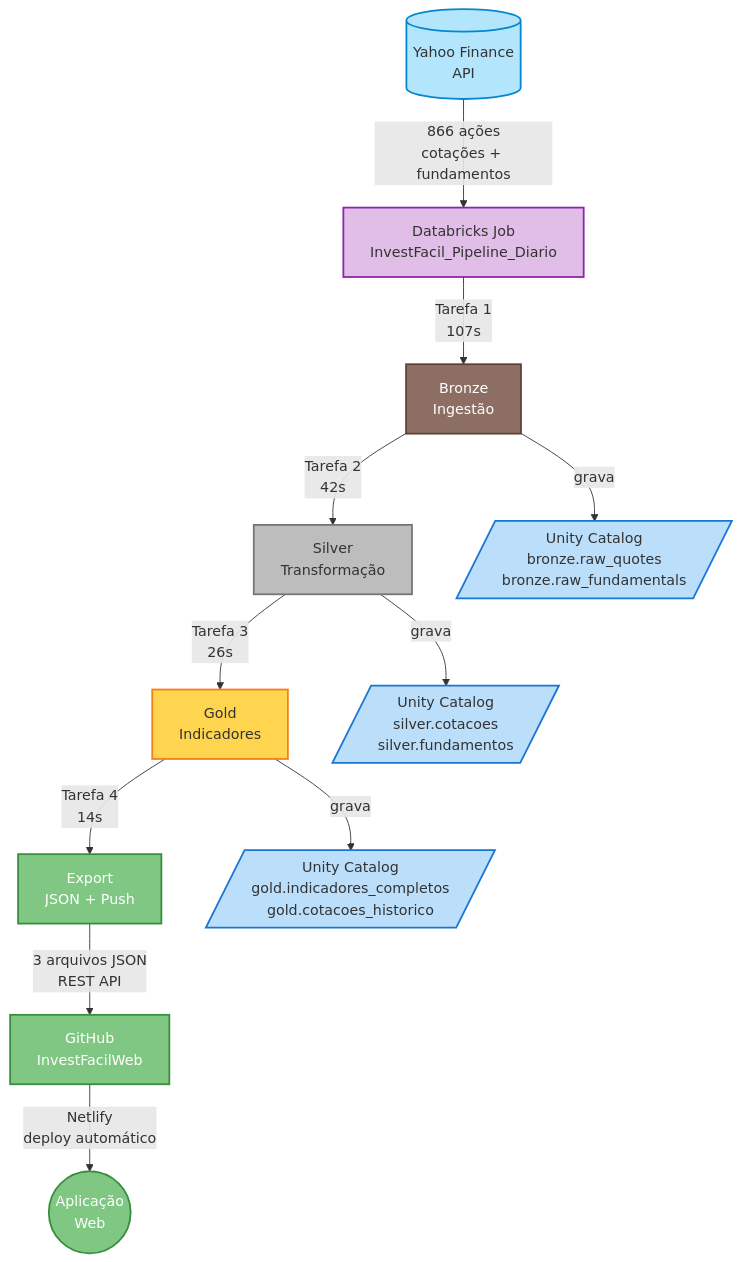
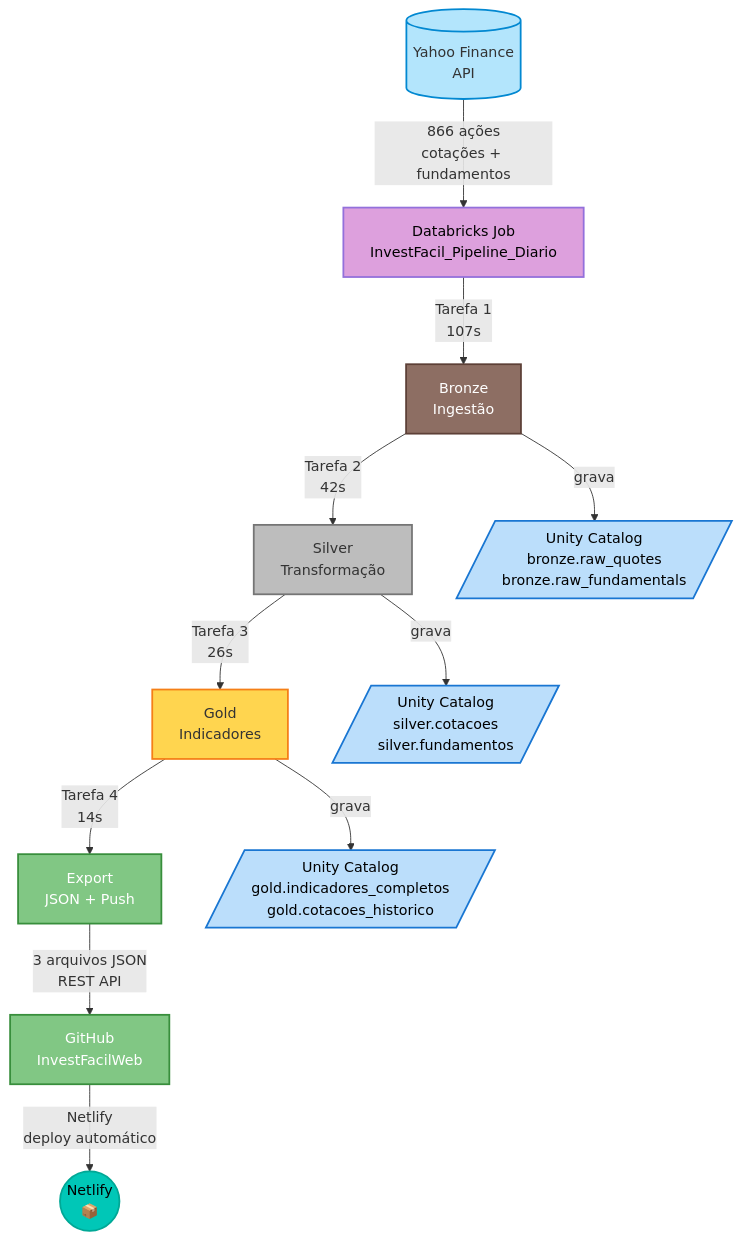
One commit to flrmedeiros78/Databricks changed the diagram in InvestFacil/README.md. Above: the diagram before and after it, drawn with Mermaid.

Commit message:
style(InvestFacil): Ajusta cores do diagrama Mermaid
- Job: Rosa → Lilás (#DDA0DD) com texto preto
- Unity Catalog: Adiciona texto preto nos blocos azuis
- Netlify: Verde Netlify (#00C7B7) com texto preto e emoji 📦

````diff
--- a/InvestFacil/README.md
+++ b/InvestFacil/README.md
@@ -9,39 +9,39 @@
 ```mermaid
 flowchart TD
     API[("Yahoo Finance<br/>API")]
     JOB["Databricks Job<br/>InvestFacil_Pipeline_Diario"]
     
     BRONZE["Bronze<br/>Ingestão"]
     SILVER["Silver<br/>Transformação"]
     GOLD["Gold<br/>Indicadores"]
     EXPORT["Export<br/>JSON + Push"]
     GITHUB["GitHub<br/>InvestFacilWeb"]
-    WEB(("Aplicação<br/>Web"))
+    WEB(("Netlify<br/>📦"))
     
     UC_BRONZE[/"Unity Catalog<br/>bronze.raw_quotes<br/>bronze.raw_fundamentals"/]
     UC_SILVER[/"Unity Catalog<br/>silver.cotacoes<br/>silver.fundamentos"/]
     UC_GOLD[/"Unity Catalog<br/>gold.indicadores_completos<br/>gold.cotacoes_historico"/]
     
     API -->|"866 ações<br/>cotações + fundamentos"| JOB
     JOB -->|"Tarefa 1<br/>107s"| BRONZE
     BRONZE -->|"grava"| UC_BRONZE
     BRONZE -->|"Tarefa 2<br/>42s"| SILVER
     SILVER -->|"grava"| UC_SILVER
     SILVER -->|"Tarefa 3<br/>26s"| GOLD
     GOLD -->|"grava"| UC_GOLD
     GOLD -->|"Tarefa 4<br/>14s"| EXPORT
     EXPORT -->|"3 arquivos JSON<br/>REST API"| GITHUB
     GITHUB -->|"Netlify<br/>deploy automático"| WEB
     
     style API fill:#b3e5fc,stroke:#0288d1,stroke-width:2px
-    style JOB fill:#e1bee7,stroke:#8e24aa,stroke-width:2px
+    style JOB fill:#DDA0DD,color:#000,stroke:#9370DB,stroke-width:2px
     style BRONZE fill:#8d6e63,color:#fff,stroke:#5d4037,stroke-width:2px
     style SILVER fill:#bdbdbd,color:#333,stroke:#757575,stroke-width:2px
     style GOLD fill:#ffd54f,color:#333,stroke:#f57f17,stroke-width:2px
     style EXPORT fill:#81c784,color:#fff,stroke:#388e3c,stroke-width:2px
     style GITHUB fill:#81c784,color:#fff,stroke:#388e3c,stroke-width:2px
-    style WEB fill:#81c784,color:#fff,stroke:#388e3c,stroke-width:2px
-    style UC_BRONZE fill:#bbdefb,stroke:#1976d2,stroke-width:2px
-    style UC_SILVER fill:#bbdefb,stroke:#1976d2,stroke-width:2px
-    style UC_GOLD fill:#bbdefb,stroke:#1976d2,stroke-width:2px
+    style WEB fill:#00C7B7,color:#000,stroke:#00A896,stroke-width:2px
+    style UC_BRONZE fill:#bbdefb,color:#000,stroke:#1976d2,stroke-width:2px
+    style UC_SILVER fill:#bbdefb,color:#000,stroke:#1976d2,stroke-width:2px
+    style UC_GOLD fill:#bbdefb,color:#000,stroke:#1976d2,stroke-width:2px
 ```
````
